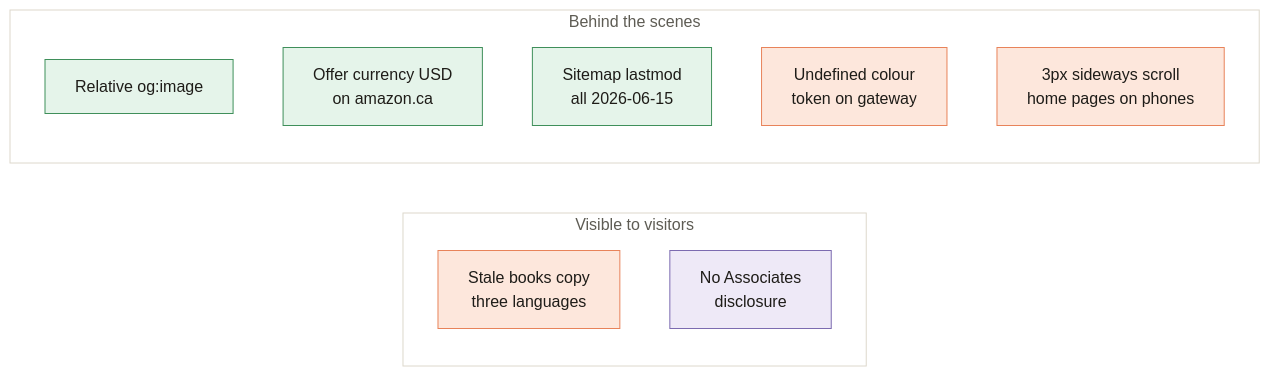
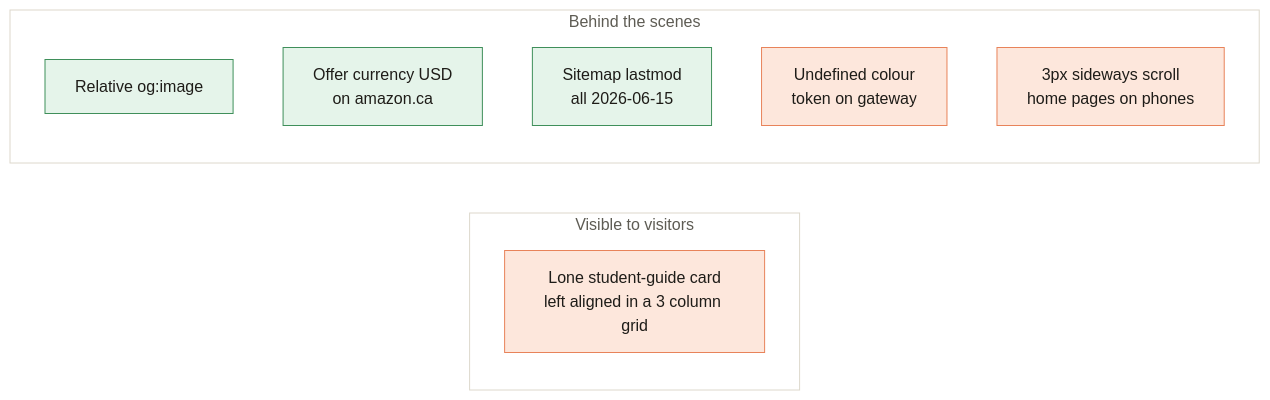
The diagram in docs/wiki/Known-Issues.md (vijaybpanangi/ezziclarity), drawn with Mermaid (neutral theme) before and after one commit. The commit also changed other lines of this file and 29 other files, not shown here.

First line of the commit message:
Bring the books copy up to date and add the Amazon Associates disclosure

````diff
--- a/docs/wiki/Known-Issues.md
+++ b/docs/wiki/Known-Issues.md
@@ -8,21 +8,20 @@
 ```mermaid
 flowchart LR
     subgraph Visible[Visible to visitors]
-      I2[Stale books copy<br/>three languages]:::ours
-      I3[No Associates<br/>disclosure]:::thirdparty
+      I2[Lone student-guide card<br/>left aligned in a 3 column grid]:::ours
     end
     subgraph Hidden[Behind the scenes]
       I5[Relative og:image]:::visitor
       I6[Offer currency USD<br/>on amazon.ca]:::visitor
       I7[Sitemap lastmod<br/>all 2026-06-15]:::visitor
       I8[Undefined colour<br/>token on gateway]:::ours
       I9[3px sideways scroll<br/>home pages on phones]:::ours
     end
 
     style Visible fill:#FFFFFF,stroke:#DDD8CC,color:#5e5c54
     style Hidden fill:#FFFFFF,stroke:#DDD8CC,color:#5e5c54
 
     classDef ours fill:#FDE7DC,stroke:#E8835A,color:#1e1c18
     classDef thirdparty fill:#EEE9F7,stroke:#7C6BB0,color:#1e1c18
     classDef visitor fill:#E5F4EA,stroke:#3F8F5A,color:#1e1c18
 ```
````
